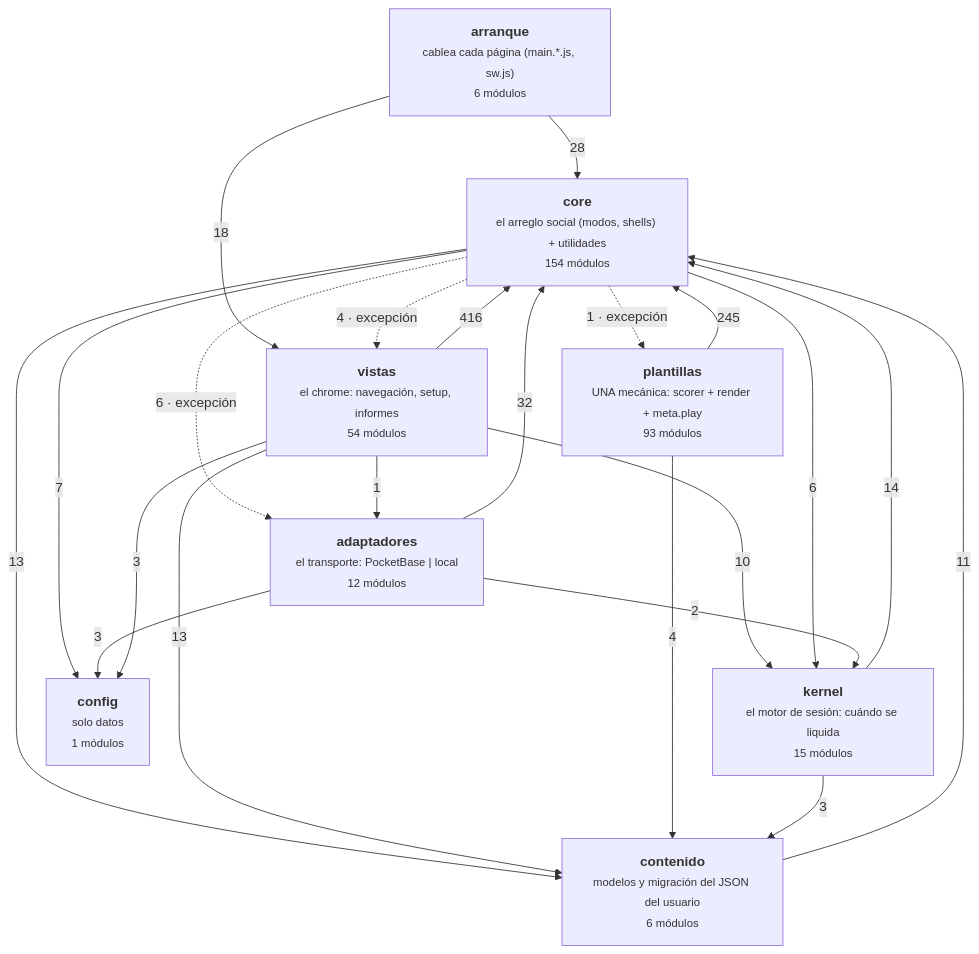
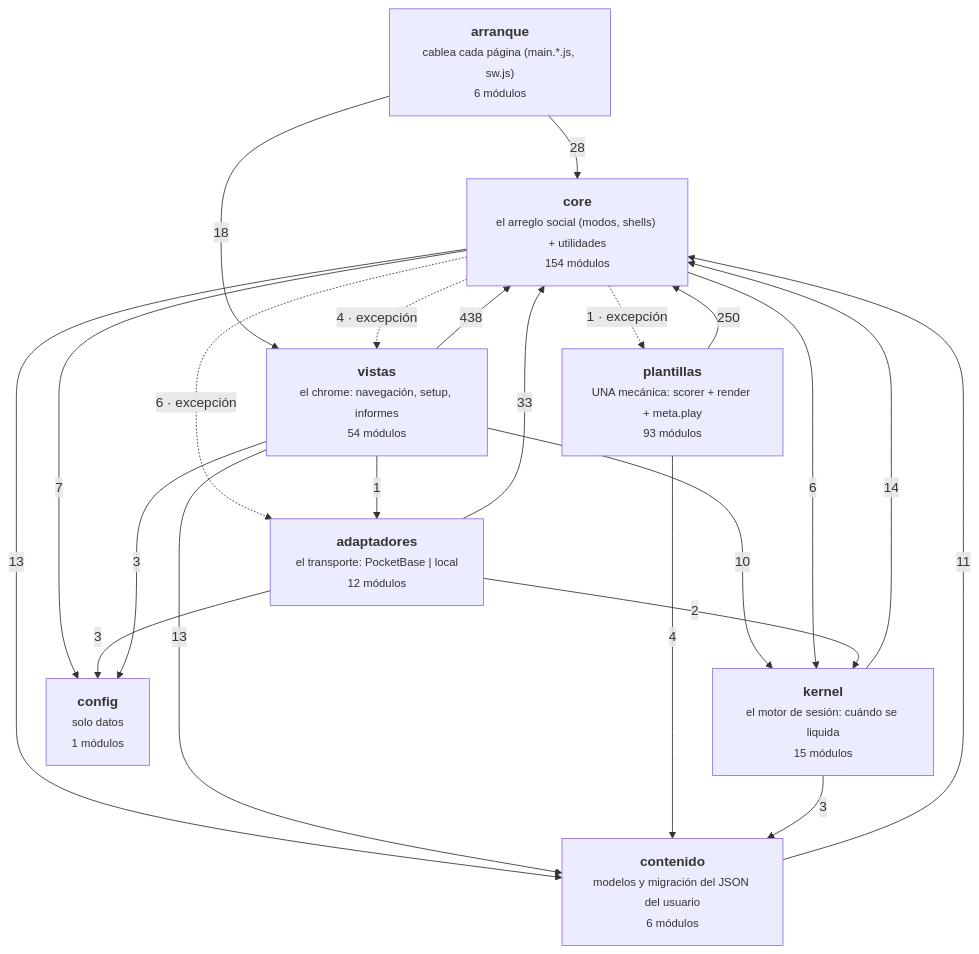
Before and after one commit to duecaz/ac: the diagram in docs/arquitectura-modulos.md, drawn with Mermaid. The commit also changed other lines of this file and 98 other files, not shown here.

````diff
--- a/docs/arquitectura-modulos.md
+++ b/docs/arquitectura-modulos.md
@@ -56,32 +56,32 @@
 ```mermaid
 graph TD
   A["<b>arranque</b><br/><small>cablea cada página (main.*.js, sw.js)</small><br/><small>6 módulos</small>"]
   V["<b>vistas</b><br/><small>el chrome: navegación, setup, informes</small><br/><small>54 módulos</small>"]
   AD["<b>adaptadores</b><br/><small>el transporte: PocketBase | local</small><br/><small>12 módulos</small>"]
   C["<b>core</b><br/><small>el arreglo social (modos, shells) + utilidades</small><br/><small>154 módulos</small>"]
   K["<b>kernel</b><br/><small>el motor de sesión: cuándo se liquida</small><br/><small>15 módulos</small>"]
   T["<b>plantillas</b><br/><small>UNA mecánica: scorer + render + meta.play</small><br/><small>93 módulos</small>"]
   CO["<b>contenido</b><br/><small>modelos y migración del JSON del usuario</small><br/><small>6 módulos</small>"]
   CF["<b>config</b><br/><small>solo datos</small><br/><small>1 módulos</small>"]
-  V -->|416| C
-  T -->|245| C
-  AD -->|32| C
+  V -->|438| C
+  T -->|250| C
+  AD -->|33| C
   A -->|28| C
   A -->|18| V
   K -->|14| C
   C -->|13| CO
   V -->|13| CO
   CO -->|11| C
   V -->|10| K
   C -->|7| CF
   C -->|6| K
   C -.->|6 · excepción| AD
   C -.->|4 · excepción| V
   T -->|4| CO
   AD -->|3| CF
   K -->|3| CO
   V -->|3| CF
   AD -->|2| K
   C -.->|1 · excepción| T
   V -->|1| AD
 ```
````
